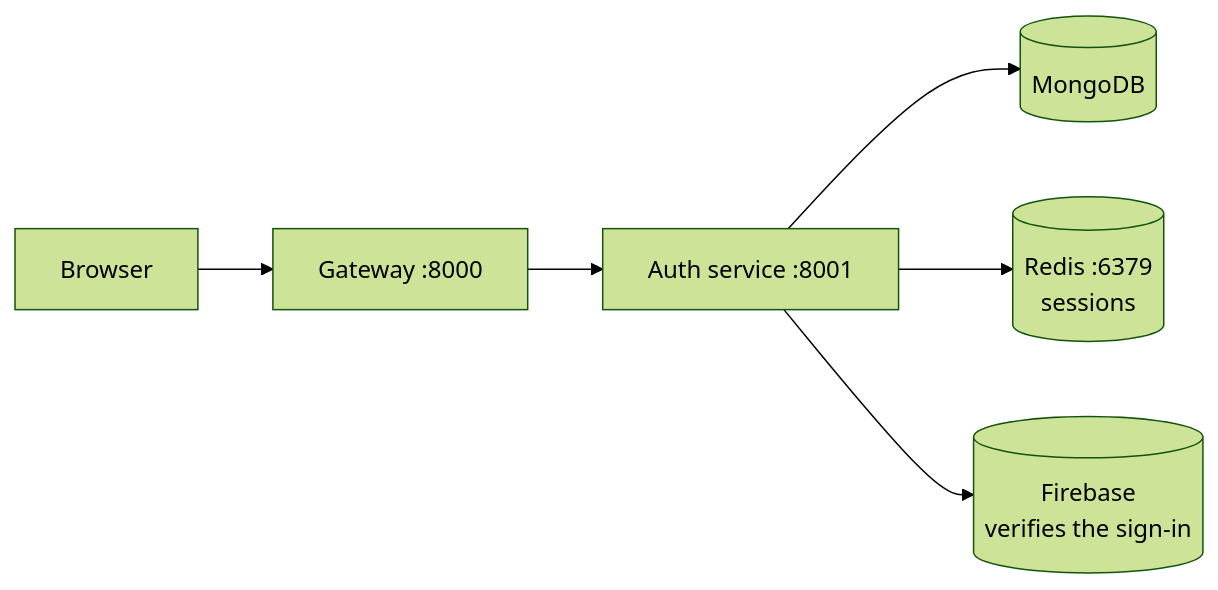
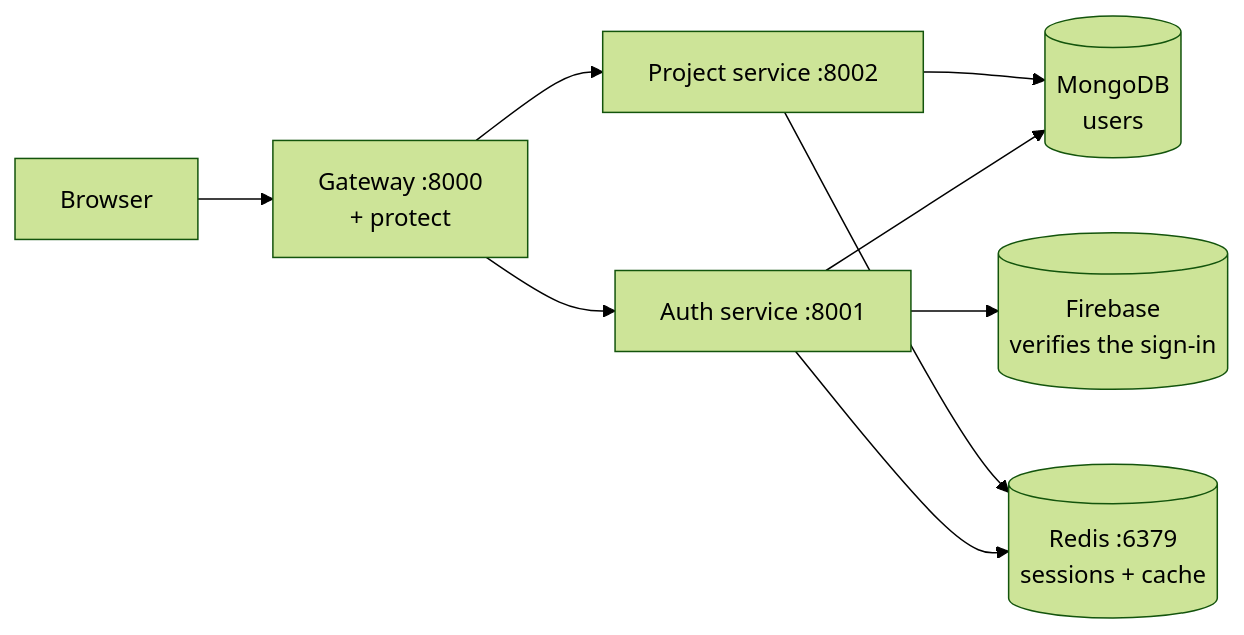
Before and after one commit to yamanhassan1/NexPulse: the diagram in docs/README.md, drawn with Mermaid (forest theme). The commit also changed other lines of this file and 12 other files, not shown here.

First line of the commit message:
feat: update documentation for project service and session management

````diff
--- a/docs/README.md
+++ b/docs/README.md
@@ -19,8 +21,11 @@
 ```mermaid
 flowchart LR
-    B[Browser] --> G["Gateway :8000"]
+    B[Browser] --> G["Gateway :8000<br>+ protect"]
     G --> A["Auth service :8001"]
-    A --> M[("MongoDB")]
-    A --> R[("Redis :6379<br>sessions")]
+    G --> P["Project service :8002"]
+    A --> M[("MongoDB<br>users")]
+    P --> M
+    A --> R[("Redis :6379<br>sessions + cache")]
+    P --> R
     A --> F[("Firebase<br>verifies the sign-in")]
 ```
````
